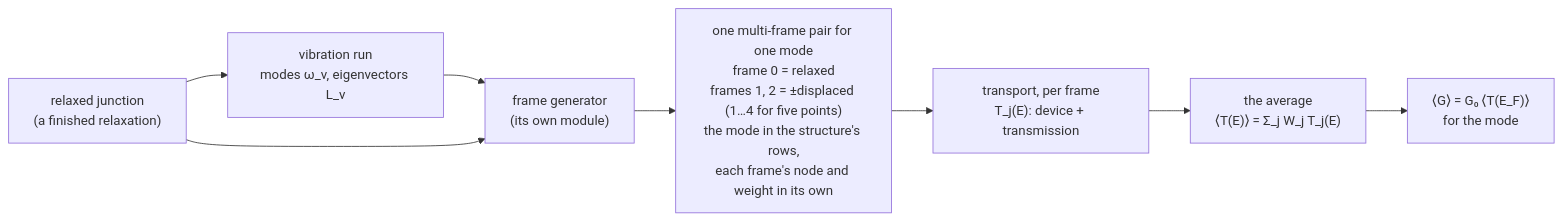
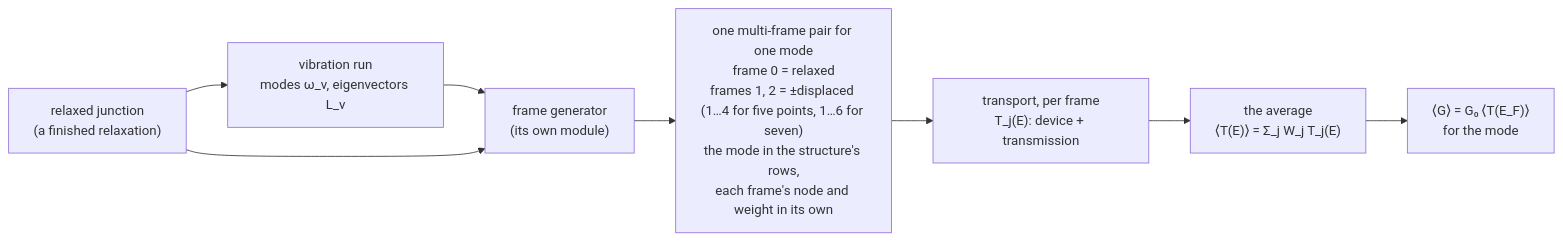
One commit to Qing-LAB/molbuilder changed the first of 8 diagrams in docs/science/vibrational-averaging.md. Above: the diagram before and after it, drawn with Mermaid. The commit also changed other lines of this file and 30 other files, not shown here.

First line of the commit message:
2.50.0: a run of points speaks at its milestones and failed parts; a step message only for a geometry move

````diff
--- a/docs/science/vibrational-averaging.md
+++ b/docs/science/vibrational-averaging.md
@@ -32,10 +32,10 @@
 ```mermaid
 flowchart LR
     R["relaxed junction<br/>(a finished relaxation)"] --> V["vibration run<br/>modes ω_ν, eigenvectors L_ν"]
     V --> G["frame generator<br/>(its own module)"]
     R --> G
-    G --> F["one multi-frame pair for one mode<br/>frame 0 = relaxed<br/>frames 1, 2 = ±displaced (1…4 for five points)<br/>the mode in the structure's rows,<br/>each frame's node and weight in its own"]
+    G --> F["one multi-frame pair for one mode<br/>frame 0 = relaxed<br/>frames 1, 2 = ±displaced (1…4 for five points, 1…6 for seven)<br/>the mode in the structure's rows,<br/>each frame's node and weight in its own"]
     F --> T["transport, per frame<br/>T_j(E): device + transmission"]
     T --> A["the average<br/>⟨T(E)⟩ = Σ_j W_j T_j(E)"]
     A --> C["⟨G⟩ = G₀ ⟨T(E_F)⟩<br/>for the mode"]
 ```
````
